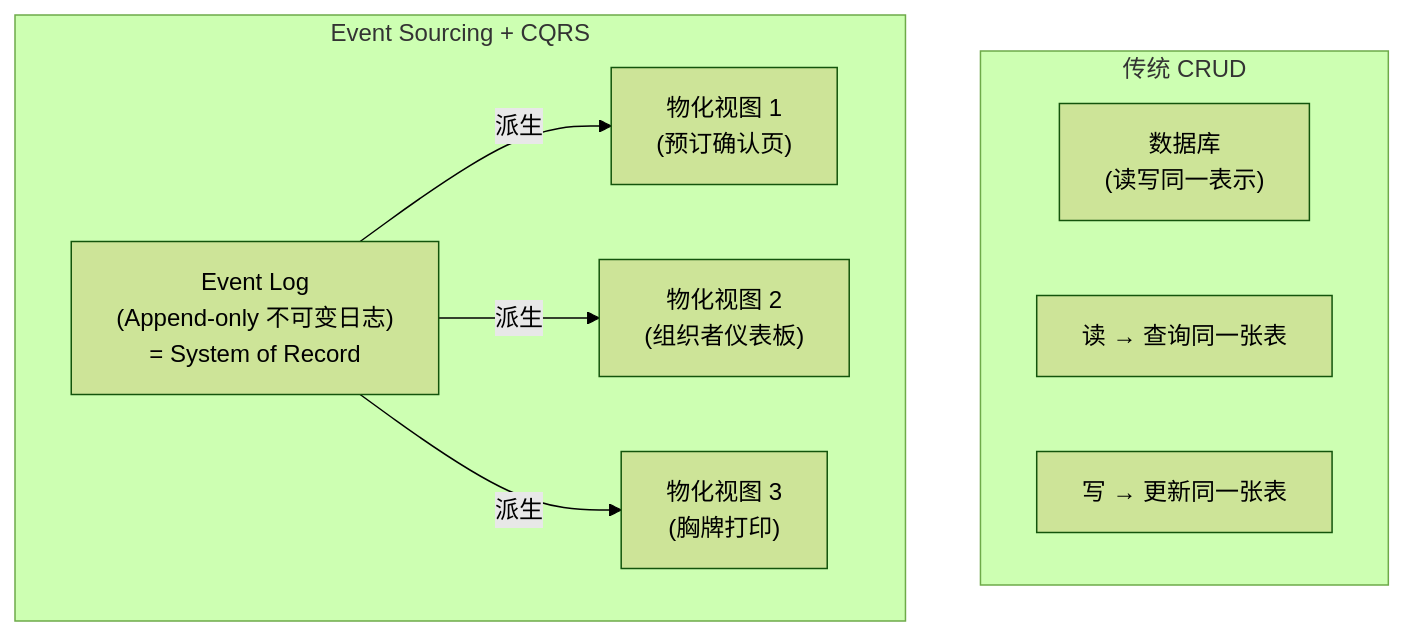
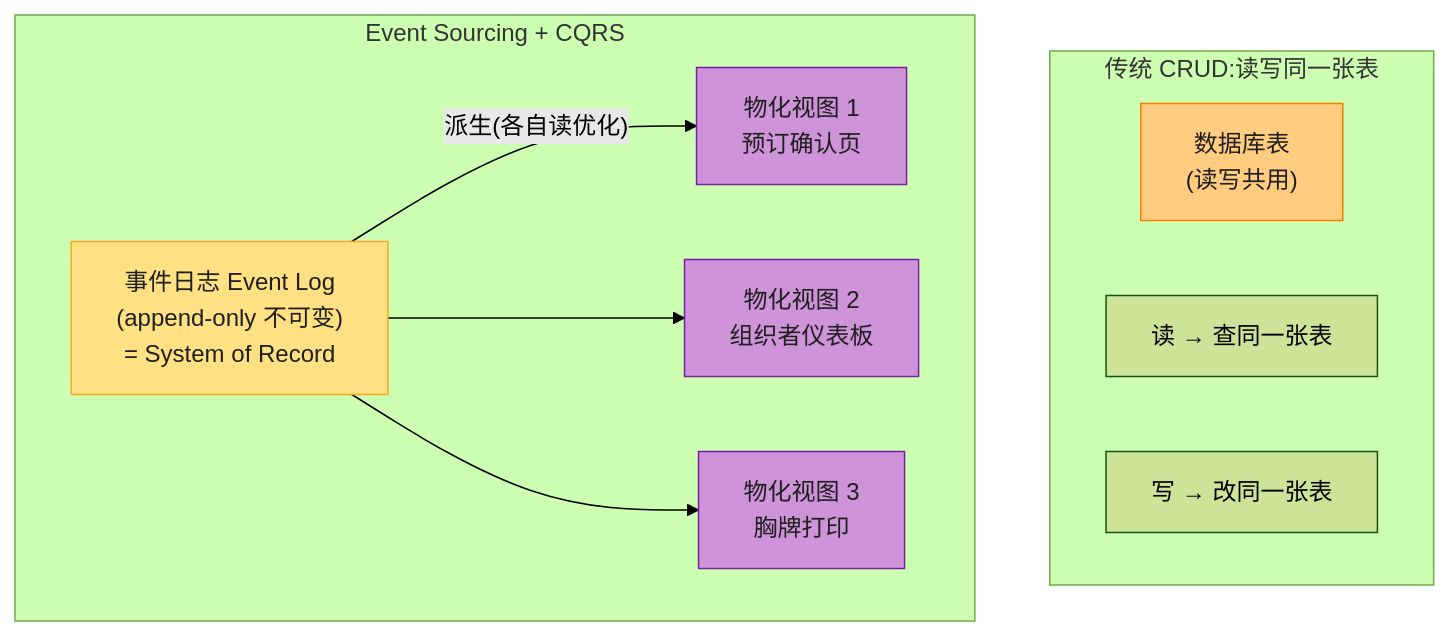
One commit to socoo123/ddia_2nd changed diagram 12 of 16 in ch03-数据模型与查询语言.md. Above: the diagram before and after it, drawn with Mermaid (forest theme). The commit also changed other lines of this file and 8 other files, not shown here.

First line of the commit message:
重写 ch01-ch09 读书笔记：风格统一 + 内容扩充 + 大量图表

````diff
--- a/ch03-数据模型与查询语言.md
+++ b/ch03-数据模型与查询语言.md
@@ -370,19 +596,25 @@
 ```mermaid
-graph TB
-    subgraph Traditional["传统 CRUD"]
-        DB["数据库<br/>(读写同一表示)"]
-        READ_T["读 → 查询同一张表"]
-        WRITE_T["写 → 更新同一张表"]
+flowchart TB
+    subgraph TRAD["传统 CRUD:读写同一张表"]
+        DB["数据库表<br/>(读写共用)"]
+        RT["读 → 查同一张表"]
+        WT["写 → 改同一张表"]
     end
 
-    subgraph EventSourcing["Event Sourcing + CQRS"]
-        LOG["Event Log<br/>(Append-only 不可变日志)<br/>= System of Record"]
-        MV1["物化视图 1<br/>(预订确认页)"]
-        MV2["物化视图 2<br/>(组织者仪表板)"]
-        MV3["物化视图 3<br/>(胸牌打印)"]
+    subgraph ES["Event Sourcing + CQRS"]
+        LOG["事件日志 Event Log<br/>(append-only 不可变)<br/>= System of Record"]
+        MV1["物化视图 1<br/>预订确认页"]
+        MV2["物化视图 2<br/>组织者仪表板"]
+        MV3["物化视图 3<br/>胸牌打印"]
     end
 
-    LOG -->|"派生"| MV1
-    LOG -->|"派生"| MV2
-    LOG -->|"派生"| MV3
+    LOG -->|"派生(各自读优化)"| MV1
+    LOG --> MV2
+    LOG --> MV3
+
+    style DB fill:#FFCC80,stroke:#F57C00,color:#1f1f1f
+    style LOG fill:#FFE082,stroke:#F9A825,color:#1f1f1f
+    style MV1 fill:#CE93D8,stroke:#7B1FA2,color:#1f1f1f
+    style MV2 fill:#CE93D8,stroke:#7B1FA2,color:#1f1f1f
+    style MV3 fill:#CE93D8,stroke:#7B1FA2,color:#1f1f1f
 ```
````
